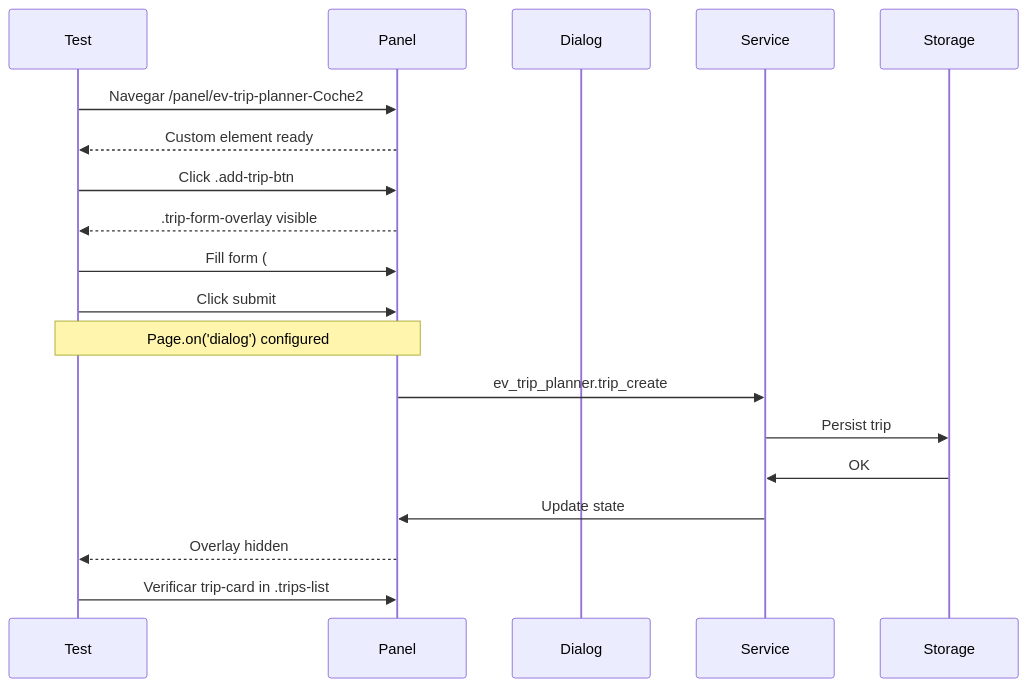
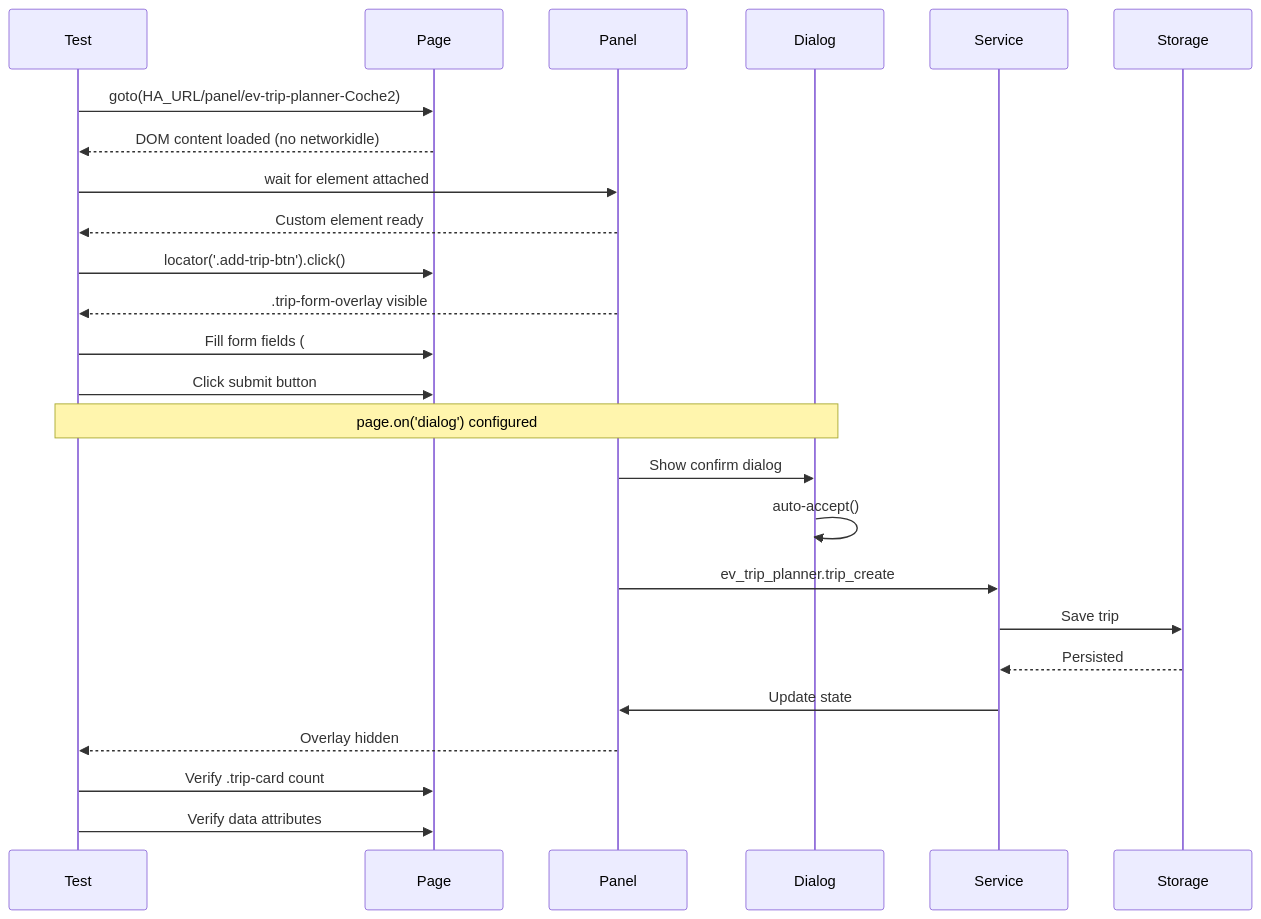
One commit to informatico-madrid/ha-ev-trip-planner changed the second of 2 diagrams in specs/e2e-tests/design.md. Above: the diagram before and after it, drawn with Mermaid. The commit also changed other lines of this file and 11 other files, not shown here.

````diff
--- a/specs/e2e-tests/design.md
+++ b/specs/e2e-tests/design.md
@@ -65,22 +130,32 @@
 ```mermaid
 sequenceDiagram
     participant Test
+    participant Page
     participant Panel
     participant Dialog
     participant Service
     participant Storage
 
-    Test->>Panel: Navegar /panel/ev-trip-planner-Coche2
+    Test->>Page: goto(HA_URL/panel/ev-trip-planner-Coche2)
+    Page-->>Test: DOM content loaded (no networkidle)
+    Test->>Panel: wait for element attached
     Panel-->>Test: Custom element ready
-    Test->>Panel: Click .add-trip-btn
+
+    Test->>Page: locator('.add-trip-btn').click()
     Panel-->>Test: .trip-form-overlay visible
-    Test->>Panel: Fill form (#trip-type, #trip-time, etc.)
-    Test->>Panel: Click submit
-    Note over Test,Panel: Page.on('dialog') configured
+    Test->>Page: Fill form fields (#trip-type, #trip-time, etc.)
+    Test->>Page: Click submit button
+
+    Note over Test,Dialog: page.on('dialog') configured
+    Panel->>Dialog: Show confirm dialog
+    Dialog->>Dialog: auto-accept()
+
     Panel->>Service: ev_trip_planner.trip_create
-    Service->>Storage: Persist trip
-    Storage->>Service: OK
+    Service->>Storage: Save trip
+    Storage-->>Service: Persisted
     Service->>Panel: Update state
+
     Panel-->>Test: Overlay hidden
-    Test->>Panel: Verificar trip-card in .trips-list
+    Test->>Page: Verify .trip-card count
+    Test->>Page: Verify data attributes
 ```
````
